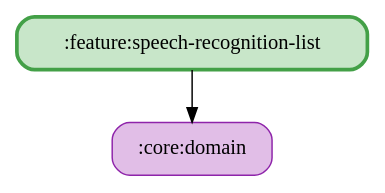
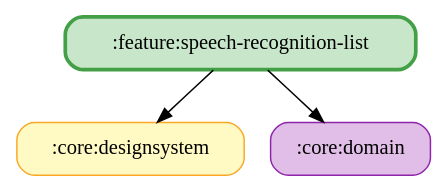
The diagram in docs/graphs/feature-speech-recognition-list.gv (ai-kurou/KoDriver), drawn with Graphviz before and after one commit. The commit also changed 3 other files, not shown here.

Commit message:
chore: update module graph images

```diff
--- a/docs/graphs/feature-speech-recognition-list.gv
+++ b/docs/graphs/feature-speech-recognition-list.gv
@@ -1,7 +1,9 @@
 digraph G {
   rankdir=TB
   node [shape=box, style="rounded,filled"]
+  ":core:designsystem" [fillcolor="#FFF9C4", color="#F9A825", penwidth=1]
   ":core:domain" [fillcolor="#E1BEE7", color="#8E24AA", penwidth=1]
   ":feature:speech-recognition-list" [fillcolor="#C8E6C9", color="#43A047", penwidth=2.5]
   ":feature:speech-recognition-list" -> ":core:domain"
+  ":feature:speech-recognition-list" -> ":core:designsystem"
 }
```
